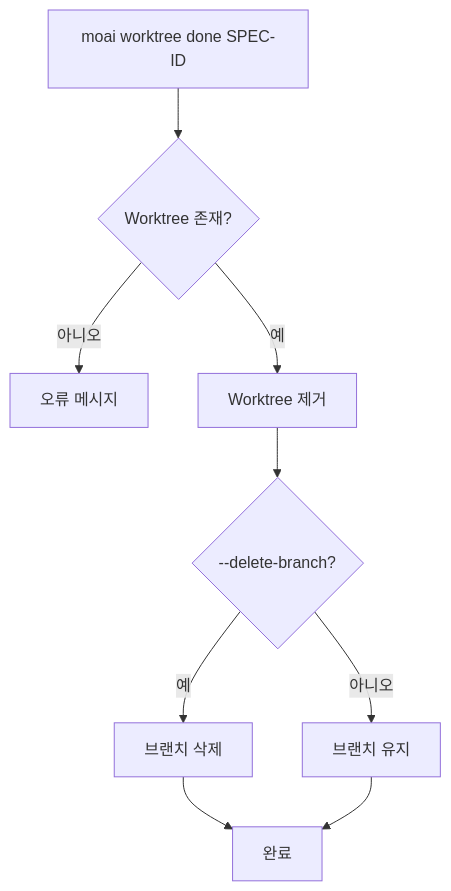
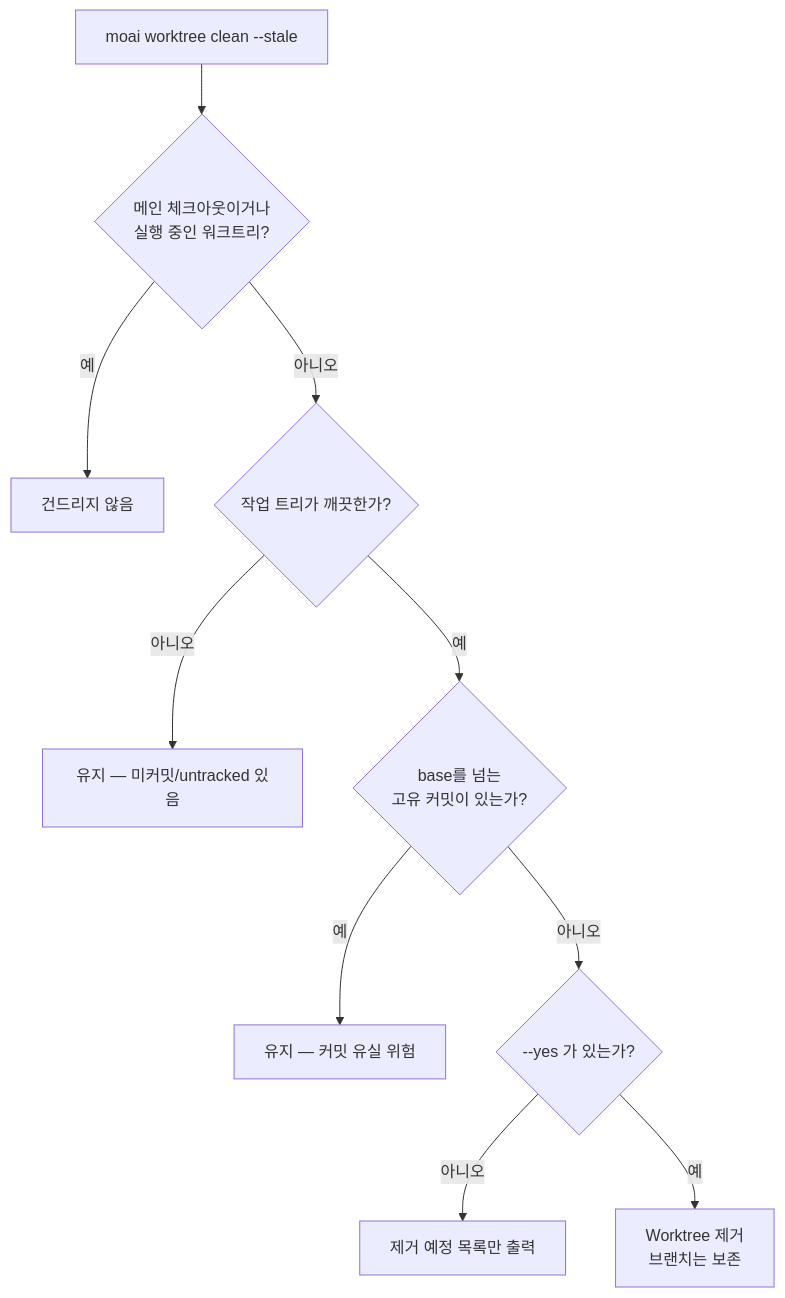
The third of 9 diagrams in docs-site/content/ko/worktree/guide.md (modu-ai/moai-adk), drawn with Mermaid before and after one commit. The commit also changed other lines of this file and 35 other files, not shown here.

````diff
--- a/docs-site/content/ko/worktree/guide.md
+++ b/docs-site/content/ko/worktree/guide.md
@@ -229,11 +281,12 @@
 ```mermaid
 flowchart TD
-    A[moai worktree done SPEC-ID] --> B{Worktree 존재?}
-    B -->|아니오| C[오류 메시지]
-    B -->|예| D[Worktree 제거]
-    D --> E{--delete-branch?}
-    E -->|예| F[브랜치 삭제]
-    E -->|아니오| G[브랜치 유지]
-    F --> H[완료]
-    G --> H[완료]
+    A[moai worktree clean --stale] --> B{메인 체크아웃이거나<br/>실행 중인 워크트리?}
+    B -->|예| C[건드리지 않음]
+    B -->|아니오| D{작업 트리가 깨끗한가?}
+    D -->|아니오| E[유지 — 미커밋/untracked 있음]
+    D -->|예| F{base를 넘는<br/>고유 커밋이 있는가?}
+    F -->|예| G[유지 — 커밋 유실 위험]
+    F -->|아니오| H{--yes 가 있는가?}
+    H -->|아니오| I[제거 예정 목록만 출력]
+    H -->|예| J[Worktree 제거<br/>브랜치는 보존]
 ```
````
